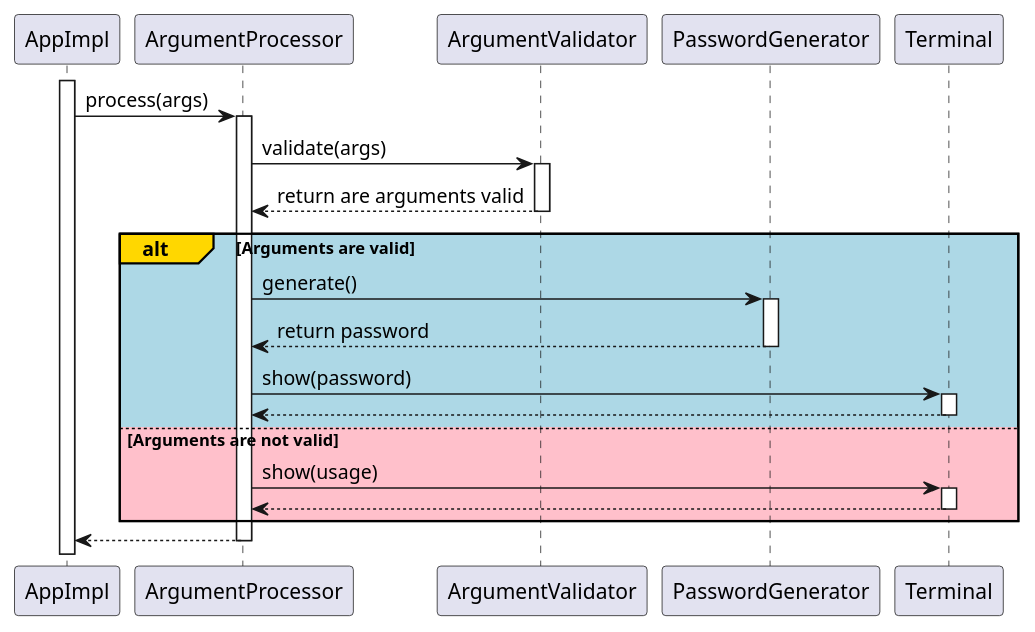
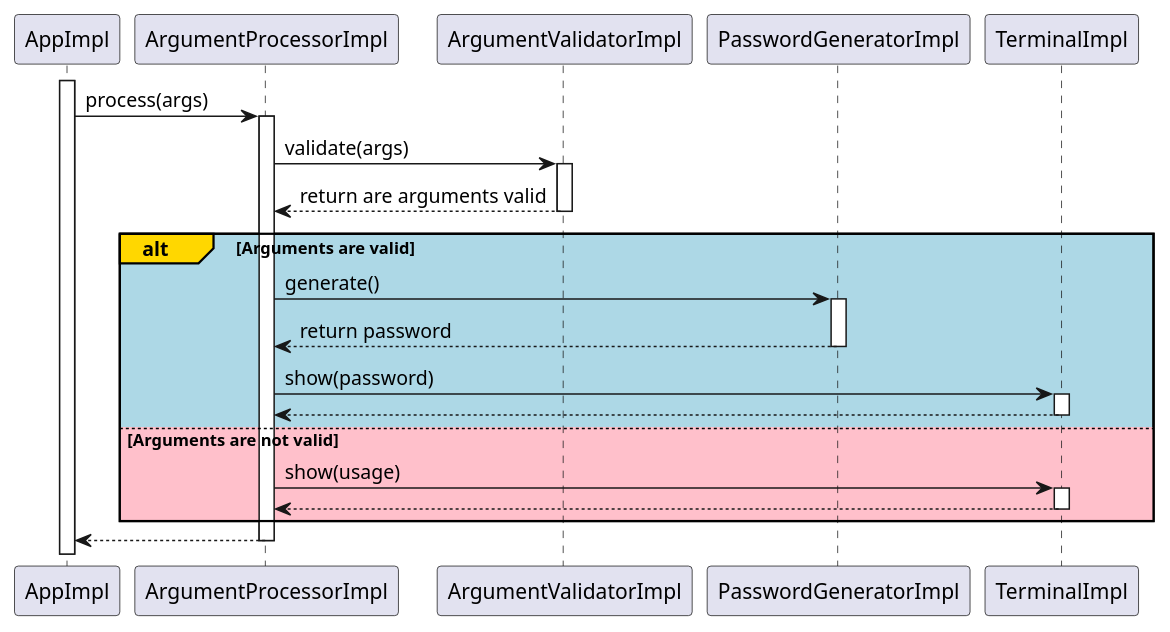
The diagram in diagrams/Sequence.puml (djvelimir/demo-java-cli), drawn with PlantUML before and after one commit. The commit also changed 1 other file, not shown here.

Commit message:
Update diagram

```diff
--- a/diagrams/Sequence.puml
+++ b/diagrams/Sequence.puml
@@ -1,39 +1,39 @@
 @startuml
 participant AppImpl as app
-participant ArgumentProcessor as argumentProcessor
-participant ArgumentValidator as argumentValidator
-participant PasswordGenerator as passwordGenerator
-participant Terminal as terminal
+participant ArgumentProcessorImpl as argumentProcessor
+participant ArgumentValidatorImpl as argumentValidator
+participant PasswordGeneratorImpl as passwordGenerator
+participant TerminalImpl as terminal
 
 activate app
 
 app -> argumentProcessor: process(args)
 activate argumentProcessor
 
 argumentProcessor -> argumentValidator: validate(args)
 activate argumentValidator
 argumentProcessor <-- argumentValidator: return are arguments valid
 deactivate argumentValidator
 
 alt#Gold #LightBlue Arguments are valid
     argumentProcessor -> passwordGenerator: generate()
     activate passwordGenerator
     argumentProcessor <-- passwordGenerator: return password
     deactivate passwordGenerator
 
     argumentProcessor -> terminal: show(password)
     activate terminal
     argumentProcessor <-- terminal
     deactivate terminal
 
 else #Pink Arguments are not valid
     argumentProcessor -> terminal: show(usage)
     activate terminal
     argumentProcessor <-- terminal
     deactivate terminal
 end
 
 app <-- argumentProcessor
 deactivate argumentProcessor
 
 @enduml
```
